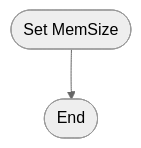
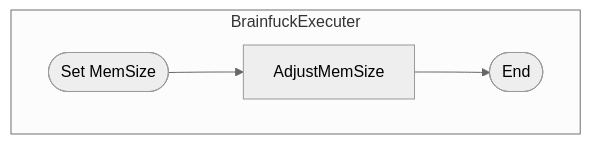
Before and after one commit to BCS21090011/BrainFucker: the ninth of 25 diagrams in src/Classes_Info/BrainfuckExecuter.md, drawn with Mermaid (neutral theme).

Commit message:
Chart for MemSize setter.

````diff
--- a/src/Classes_Info/BrainfuckExecuter.md
+++ b/src/Classes_Info/BrainfuckExecuter.md
@@ -493,7 +493,14 @@
     ```mermaid
     flowchart
+        subgraph BrainfuckExecuter
+            Start([Set MemSize])
+            AdjustMemSize
+            End([End])
+        end
 
-    Start([Set MemSize])
-    -->
-    End([End])
+        Start
+        -->
+        AdjustMemSize
+        -->
+        End
     ```
````
